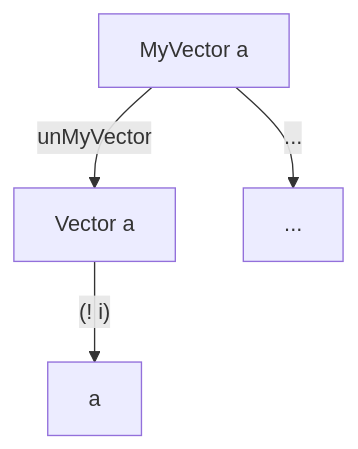
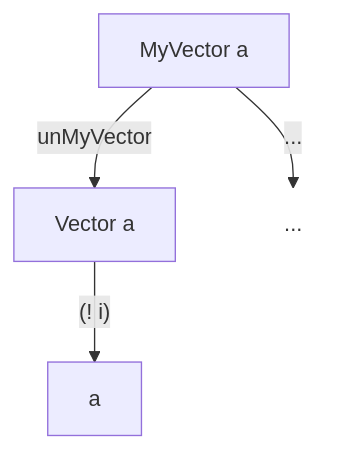
The first of 3 diagrams in doc/docs/intro/part3.md (andriusstank/downhill), drawn with Mermaid before and after one commit. The commit also changed other lines of this file and 1 other file, not shown here.

````diff
--- a/doc/docs/intro/part3.md
+++ b/doc/docs/intro/part3.md
@@ -116,10 +87,11 @@
 ``` mermaid
 graph TD
   nodeMyVector[MyVector a]
   nodeVector[Vector a]
   nodeItem[a]
   nodeVector-- "(! i)" -->nodeItem
   nodeMyVector-- unMyVector -->nodeVector
   nodeMore["..."]
+  style nodeMore stroke:none,fill:none
   nodeMyVector-- "..." --> nodeMore
 ```
````
